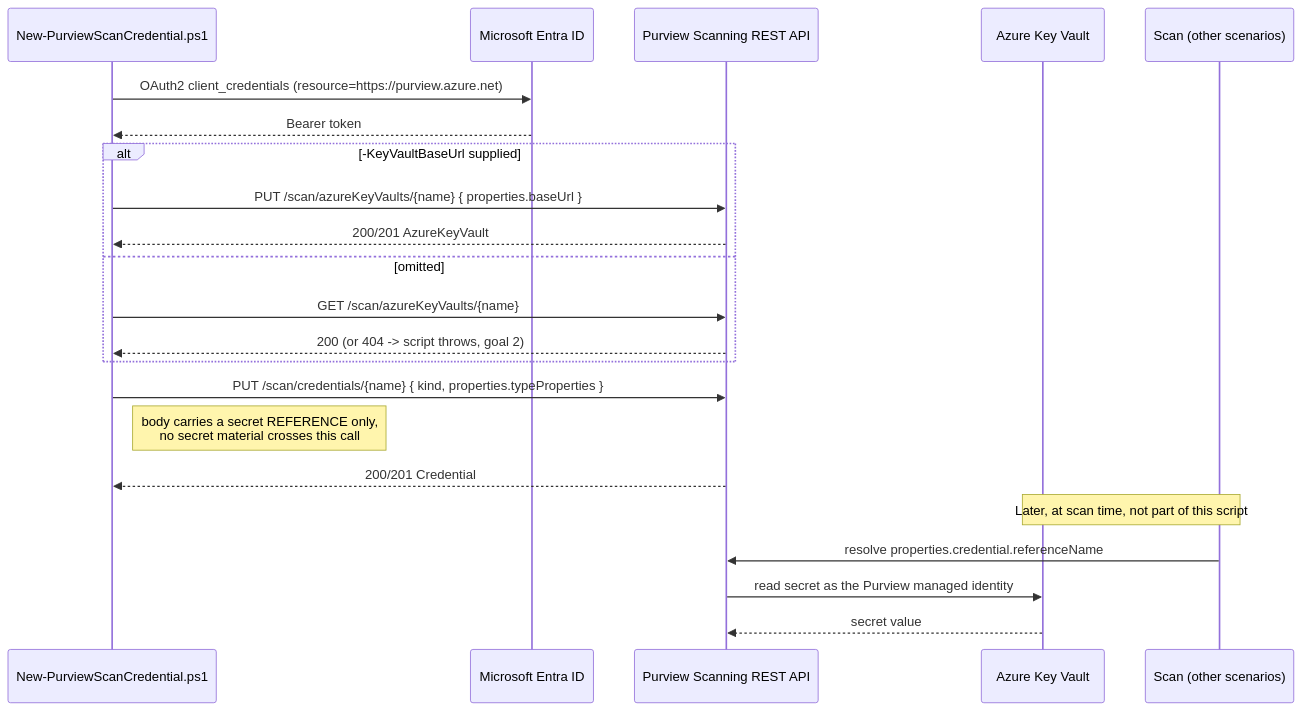
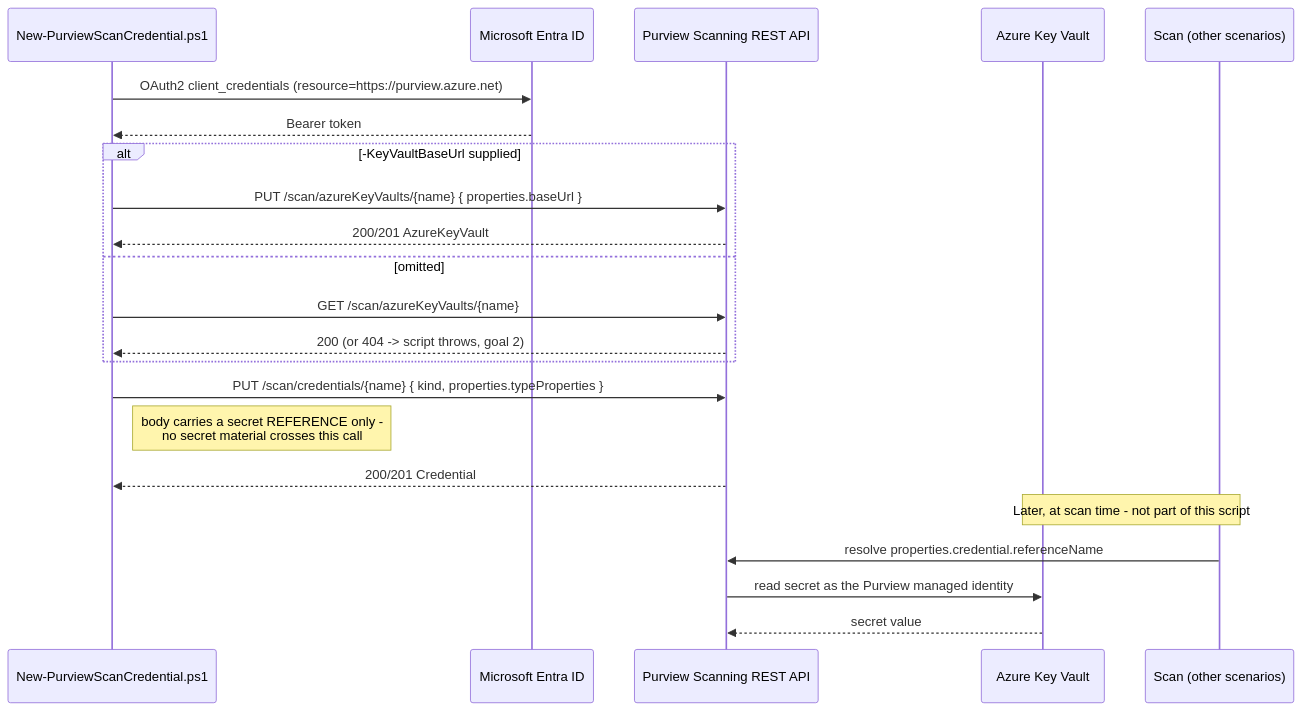
One commit to kpsec1/kpsec1.github.io changed the diagram in src/content/scenarios/data-map/scan-credential-key-vault-backed.design.md. Above: the diagram before and after it, drawn with Mermaid. The commit also changed other lines of this file and 374 other files, not shown here.

````diff
--- a/src/content/scenarios/data-map/scan-credential-key-vault-backed.design.md
+++ b/src/content/scenarios/data-map/scan-credential-key-vault-backed.design.md
@@ -88,26 +88,26 @@
 ```mermaid
 sequenceDiagram
     participant Script as New-PurviewScanCredential.ps1
     participant AAD as Microsoft Entra ID
     participant API as Purview Scanning REST API
     participant KV as Azure Key Vault
     participant Scan as Scan (other scenarios)
 
     Script->>AAD: OAuth2 client_credentials (resource=https://purview.azure.net)
     AAD-->>Script: Bearer token
     alt -KeyVaultBaseUrl supplied
         Script->>API: PUT /scan/azureKeyVaults/{name} { properties.baseUrl }
         API-->>Script: 200/201 AzureKeyVault
     else omitted
         Script->>API: GET /scan/azureKeyVaults/{name}
         API-->>Script: 200 (or 404 -> script throws, goal 2)
     end
     Script->>API: PUT /scan/credentials/{name} { kind, properties.typeProperties }
-    Note right of Script: body carries a secret REFERENCE only, <br/>no secret material crosses this call
+    Note right of Script: body carries a secret REFERENCE only -<br/>no secret material crosses this call
     API-->>Script: 200/201 Credential
 
-    Note over Scan,KV: Later, at scan time, not part of this script
+    Note over Scan,KV: Later, at scan time - not part of this script
     Scan->>API: resolve properties.credential.referenceName
     API->>KV: read secret as the Purview managed identity
     KV-->>API: secret value
 ```
````
